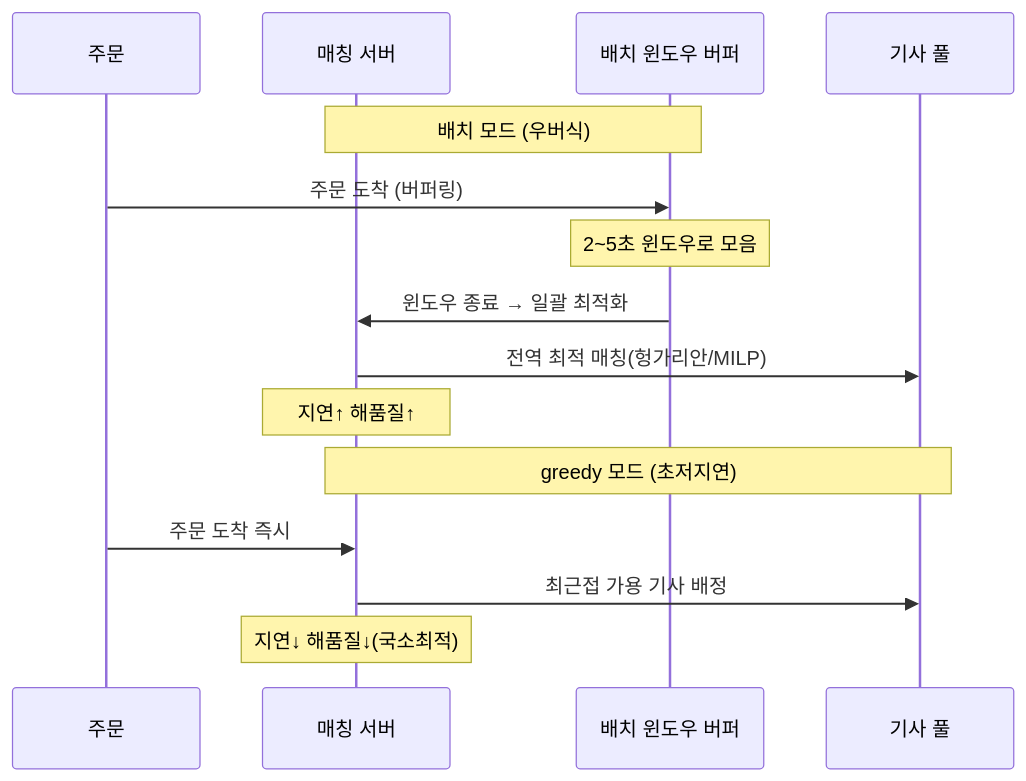
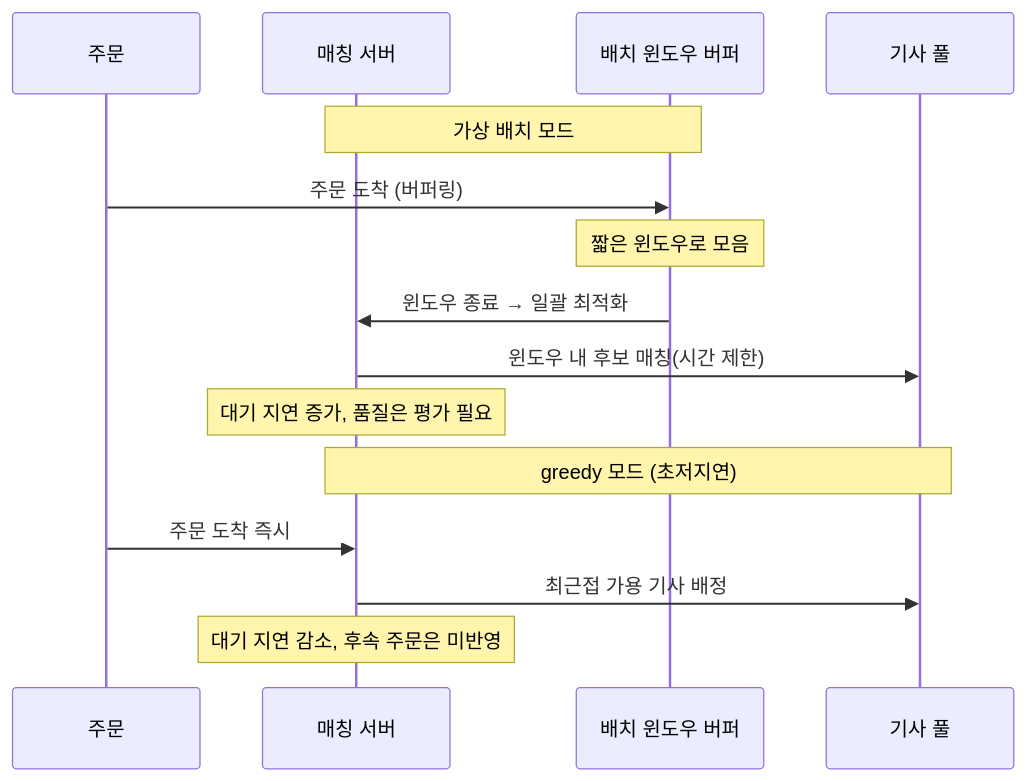
One commit to hyeongseoblim/systemdesign changed the third of 4 diagrams in apps/api/src/main/resources/content/logistics-08-dispatch-optimization.md. Above: the diagram before and after it, drawn with Mermaid. The commit also changed other lines of this file and 96 other files, not shown here.

````diff
--- a/apps/api/src/main/resources/content/logistics-08-dispatch-optimization.md
+++ b/apps/api/src/main/resources/content/logistics-08-dispatch-optimization.md
@@ -172,19 +175,19 @@
 ```mermaid
 sequenceDiagram
     participant O as 주문
     participant M as 매칭 서버
     participant W as 배치 윈도우 버퍼
     participant D as 기사 풀
 
-    Note over M,W: 배치 모드 (우버식)
+    Note over M,W: 가상 배치 모드
     O->>W: 주문 도착 (버퍼링)
-    Note over W: 2~5초 윈도우로 모음
+    Note over W: 짧은 윈도우로 모음
     W->>M: 윈도우 종료 → 일괄 최적화
-    M->>D: 전역 최적 매칭(헝가리안/MILP)
-    Note over M: 지연↑ 해품질↑
+    M->>D: 윈도우 내 후보 매칭(시간 제한)
+    Note over M: 대기 지연 증가, 품질은 평가 필요
 
     Note over M,D: greedy 모드 (초저지연)
     O->>M: 주문 도착 즉시
     M->>D: 최근접 가용 기사 배정
-    Note over M: 지연↓ 해품질↓(국소최적)
+    Note over M: 대기 지연 감소, 후속 주문은 미반영
 ```
````
